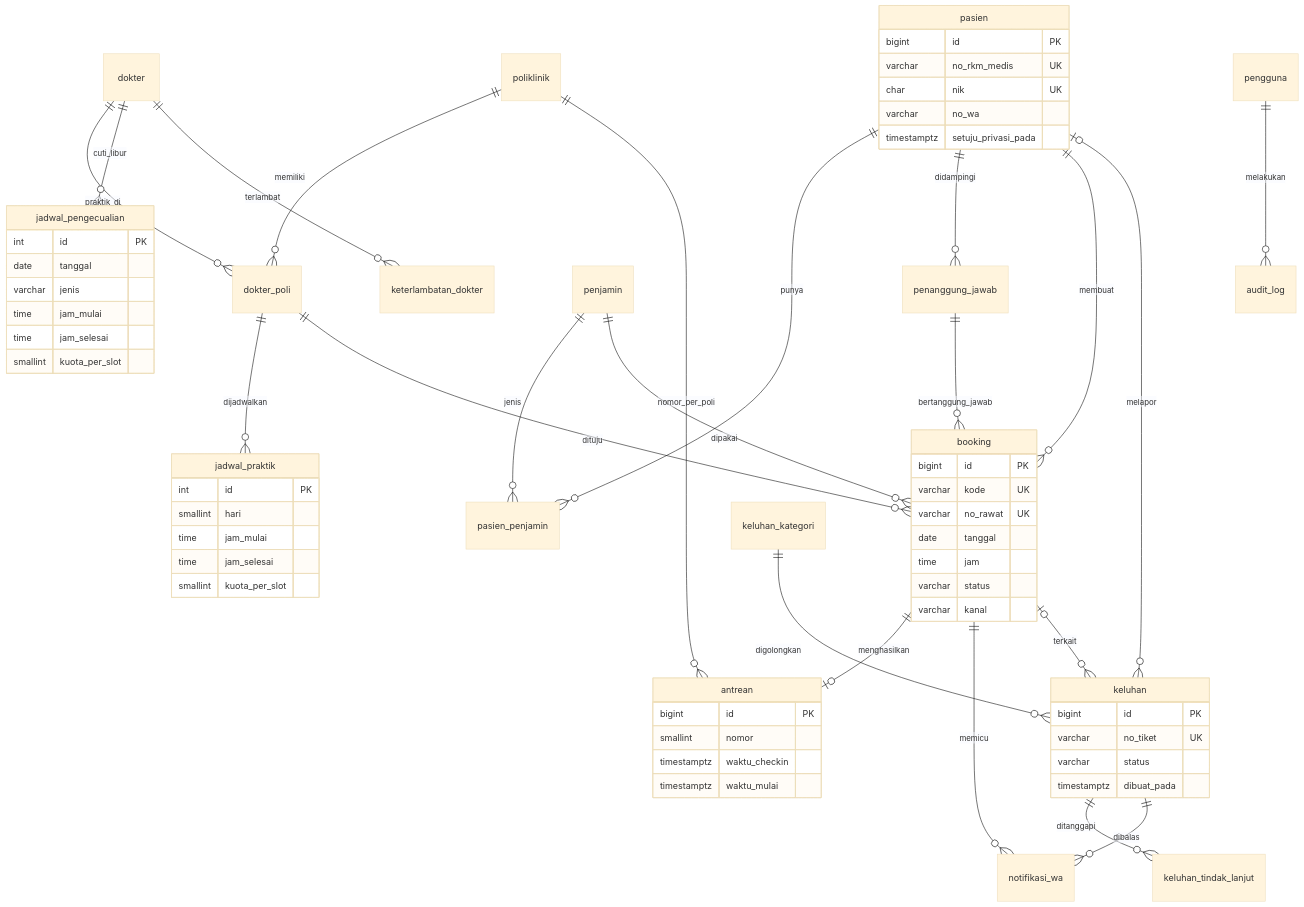
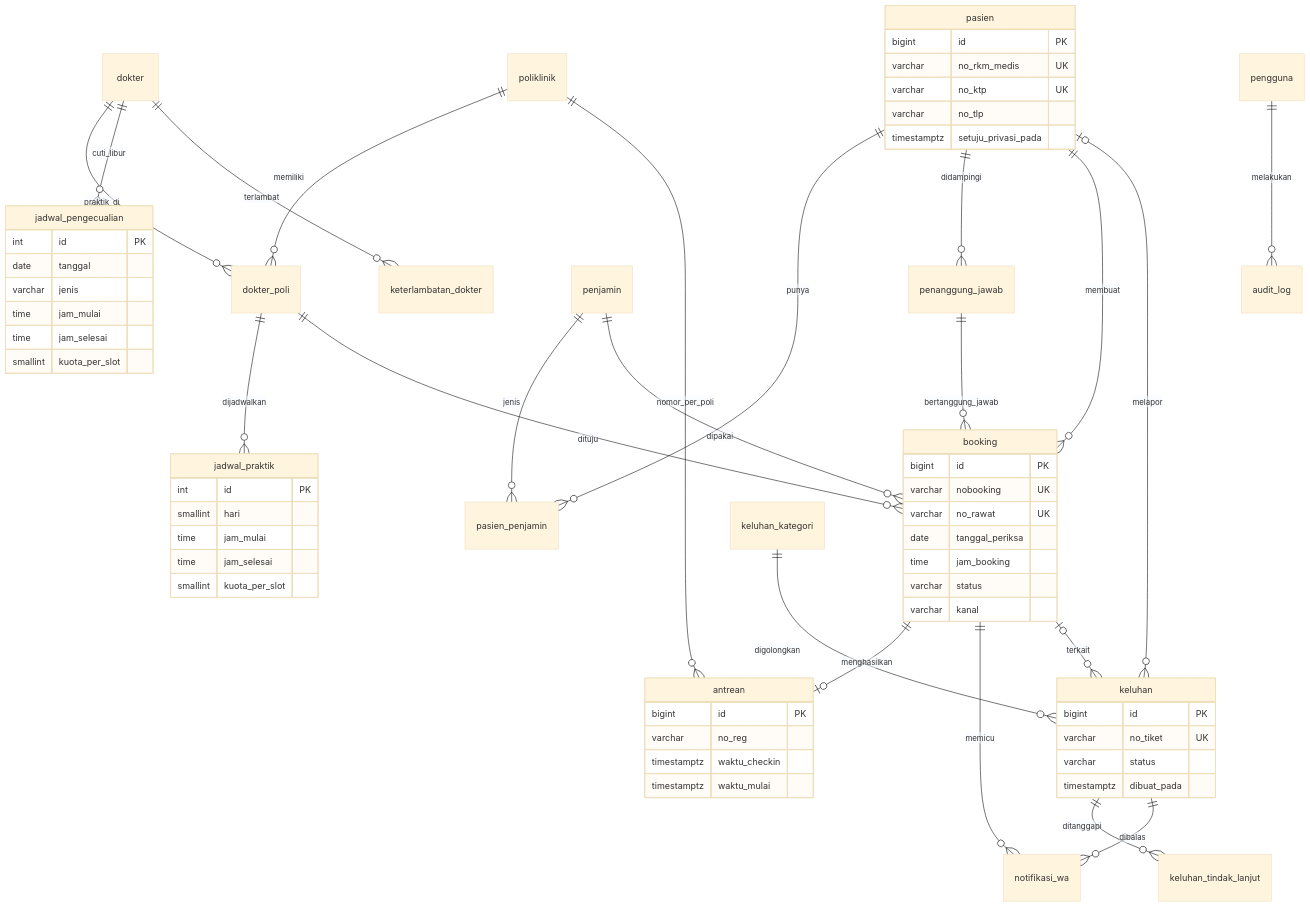
Before and after one commit to RadityaWDM/RSIA-Pasturi-Bogor: the diagram in database/ERD.md, drawn with Mermaid (base theme). The commit also changed other lines of this file and 4 other files, not shown here.

First line of the commit message:
Skema: sinkronkan README, ERD, dan skrip migrasi kunci Khanza

````diff
--- a/database/ERD.md
+++ b/database/ERD.md
@@ -5,55 +5,55 @@
 ```mermaid
 erDiagram
   poliklinik ||--o{ dokter_poli : memiliki
   dokter ||--o{ dokter_poli : praktik_di
   dokter_poli ||--o{ jadwal_praktik : dijadwalkan
   dokter ||--o{ jadwal_pengecualian : cuti_libur
   dokter ||--o{ keterlambatan_dokter : terlambat
   pasien ||--o{ pasien_penjamin : punya
   penjamin ||--o{ pasien_penjamin : jenis
   pasien ||--o{ penanggung_jawab : didampingi
   pasien ||--o{ booking : membuat
   dokter_poli ||--o{ booking : dituju
   penjamin ||--o{ booking : dipakai
   penanggung_jawab ||--o{ booking : bertanggung_jawab
   booking ||--o| antrean : menghasilkan
   poliklinik ||--o{ antrean : nomor_per_poli
   booking ||--o{ notifikasi_wa : memicu
   keluhan_kategori ||--o{ keluhan : digolongkan
   pasien |o--o{ keluhan : melapor
   booking |o--o{ keluhan : terkait
   keluhan ||--o{ keluhan_tindak_lanjut : ditanggapi
   keluhan ||--o{ notifikasi_wa : dibalas
   pengguna ||--o{ audit_log : melakukan
   jadwal_pengecualian { int id PK
     date tanggal
     varchar jenis
     time jam_mulai
     time jam_selesai
     smallint kuota_per_slot }
   booking { bigint id PK
-    varchar kode UK
+    varchar nobooking UK
     varchar no_rawat UK
-    date tanggal
-    time jam
+    date tanggal_periksa
+    time jam_booking
     varchar status
     varchar kanal }
   pasien { bigint id PK
     varchar no_rkm_medis UK
-    char nik UK
-    varchar no_wa
+    varchar no_ktp UK
+    varchar no_tlp
     timestamptz setuju_privasi_pada }
   jadwal_praktik { int id PK
     smallint hari
     time jam_mulai
     time jam_selesai
     smallint kuota_per_slot }
   antrean { bigint id PK
-    smallint nomor
+    varchar no_reg
     timestamptz waktu_checkin
     timestamptz waktu_mulai }
   keluhan { bigint id PK
     varchar no_tiket UK
     varchar status
     timestamptz dibuat_pada }
 ```
````
